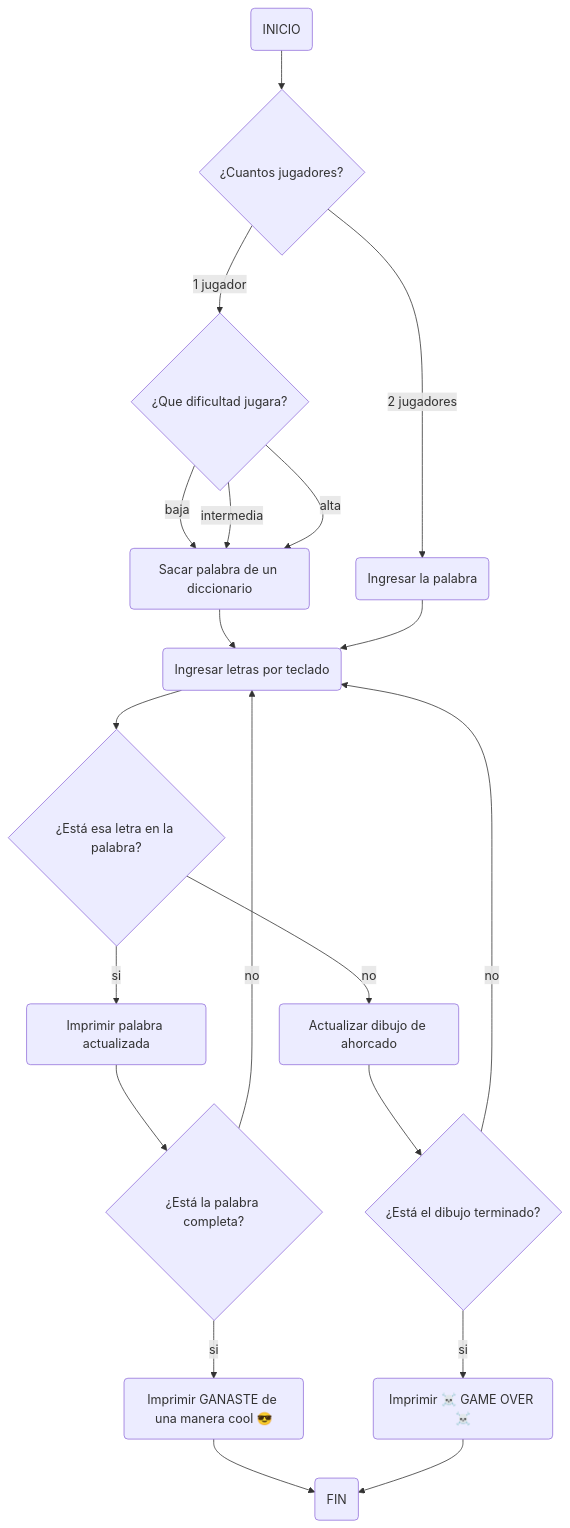
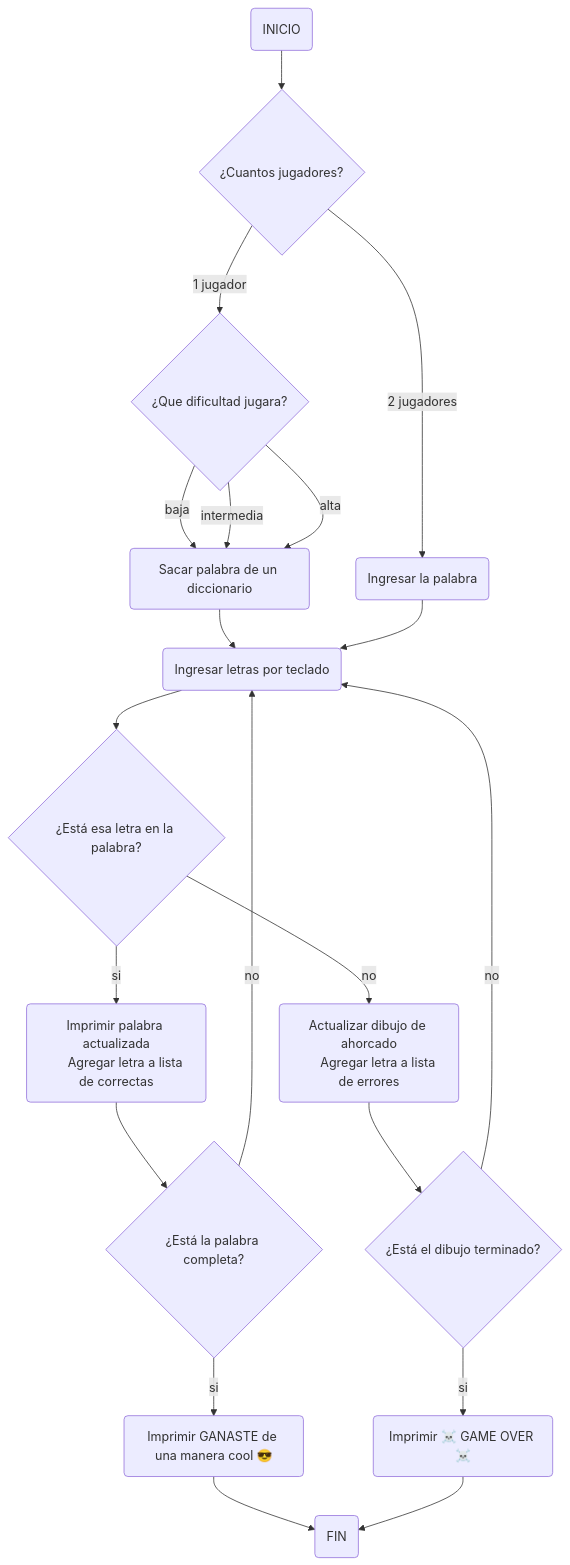
The diagram in README.md (JMC020406/Proyecto), drawn with Mermaid before and after one commit.

````diff
--- a/README.md
+++ b/README.md
@@ -10,23 +10,25 @@
 ```mermaid
 graph TD;
   A(INICIO) --> B{¿Cuantos jugadores?}
   B-->|1 jugador|C{¿Que dificultad jugara?}
   B-->|2 jugadores|E(Ingresar la palabra)
   C-->|baja|D(Sacar palabra de un diccionario)
   C-->|intermedia|D
   C-->|alta|D
   D-->F
   E-->F(Ingresar letras por teclado)
   F-->G{¿Está esa letra en la palabra?}
-  G-->|si|H(Imprimir palabra actualizada)
-  G-->|no|I(Actualizar dibujo de ahorcado)
+  G-->|si|H(Imprimir palabra actualizada
+      Agregar letra a lista de correctas)
+  G-->|no|I(Actualizar dibujo de ahorcado
+      Agregar letra a lista de errores)
   H-->J{¿Está la palabra completa?}
   J-->|si|K(Imprimir GANASTE de una manera cool 😎)
   K-->L(FIN)
   J-->|no|F
   I-->N{¿Está el dibujo terminado?}
   N-->|si|M(Imprimir ☠️ GAME OVER ☠️)
   M-->L
   N-->|no|F
 
 ```
````
